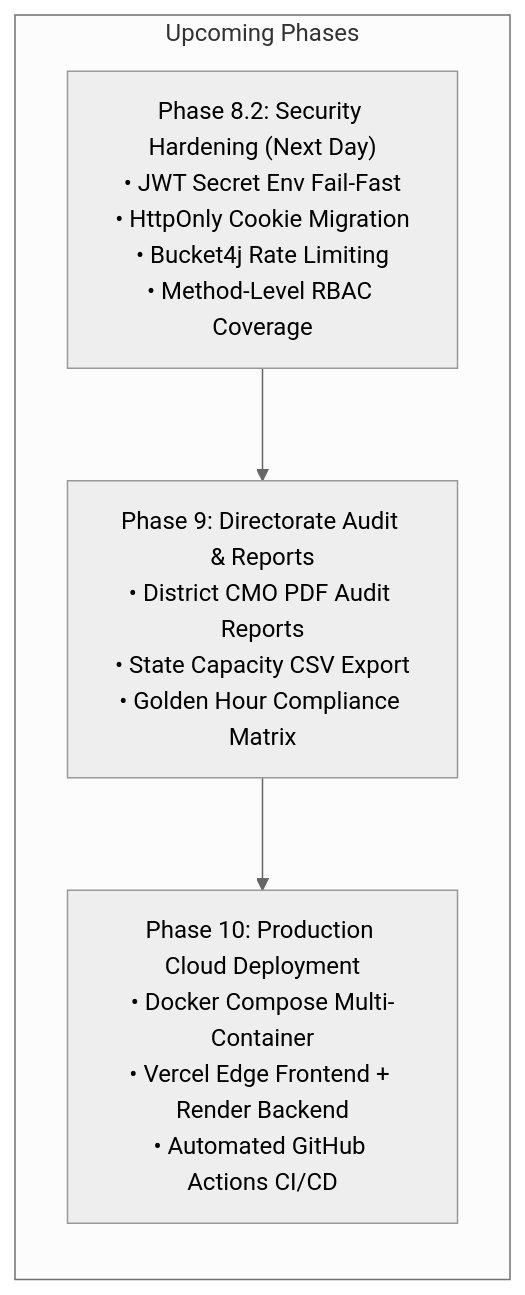
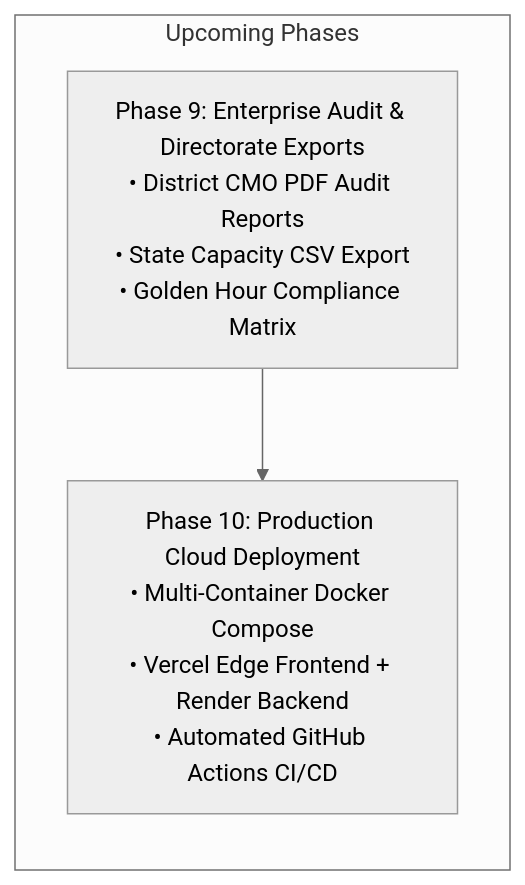
Before and after one commit to PG300604/TriageNet: diagram 15 of 15 in README.md, drawn with Mermaid (neutral theme). The commit also changed other lines of this file, not shown here.

Commit message:
docs: update README.md with Phase 8.1 security hardening, Spring Boot 3.3.2, and roadmap

````diff
--- a/README.md
+++ b/README.md
@@ -972,11 +978,10 @@
 ```mermaid
 flowchart LR
     subgraph Upcoming["Upcoming Phases"]
         direction TB
-        P8_2["Phase 8.2: Security Hardening (Next Day)<br/>• JWT Secret Env Fail-Fast<br/>• HttpOnly Cookie Migration<br/>• Bucket4j Rate Limiting<br/>• Method-Level RBAC Coverage"]
-        P9["Phase 9: Directorate Audit & Reports<br/>• District CMO PDF Audit Reports<br/>• State Capacity CSV Export<br/>• Golden Hour Compliance Matrix"]
-        P10["Phase 10: Production Cloud Deployment<br/>• Docker Compose Multi-Container<br/>• Vercel Edge Frontend + Render Backend<br/>• Automated GitHub Actions CI/CD"]
+        P9["Phase 9: Enterprise Audit & Directorate Exports<br/>• District CMO PDF Audit Reports<br/>• State Capacity CSV Export<br/>• Golden Hour Compliance Matrix"]
+        P10["Phase 10: Production Cloud Deployment<br/>• Multi-Container Docker Compose<br/>• Vercel Edge Frontend + Render Backend<br/>• Automated GitHub Actions CI/CD"]
     end
 
-    P8_2 --> P9 --> P10
+    P9 --> P10
 ```
````
